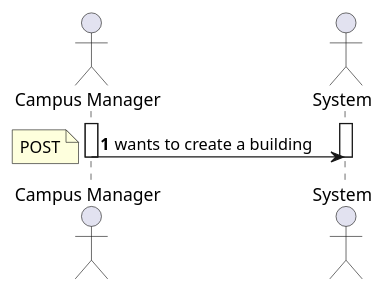
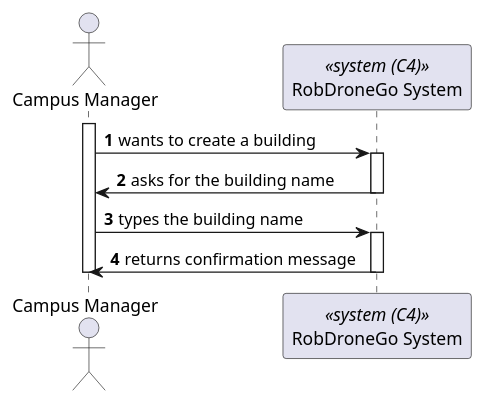
The diagram in _wiki/sprint-a/us08-220/ssd.puml (miseEnPlace-dev/lapr5), drawn with PlantUML before and after one commit. The commit also changed 3 other files, not shown here.

```diff
--- a/_wiki/sprint-a/us08-220/ssd.puml
+++ b/_wiki/sprint-a/us08-220/ssd.puml
@@ -1,18 +1,23 @@
-@startuml US4004_SSD
+@startuml us08-220_ssd
 autonumber
 
 actor CM as "Campus Manager"
-actor System as "System"
+participant SYS as "RobDroneGo System" <<system (C4)>>
 
 activate CM
-activate System
 
-CM -> System : wants to create a building
+CM -> SYS : wants to create a building
+activate SYS
 
-note left: POST
+CM <- SYS : asks for the building name
+deactivate SYS
 
-deactivate System
+CM -> SYS : types the building name
+activate SYS
+
+CM <- SYS : returns confirmation message
+deactivate SYS
+
 deactivate CM
 
-
 @enduml
```
